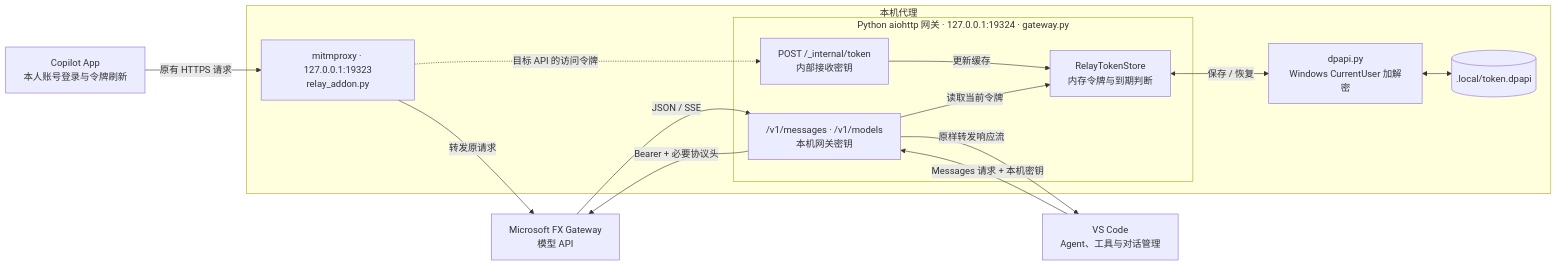
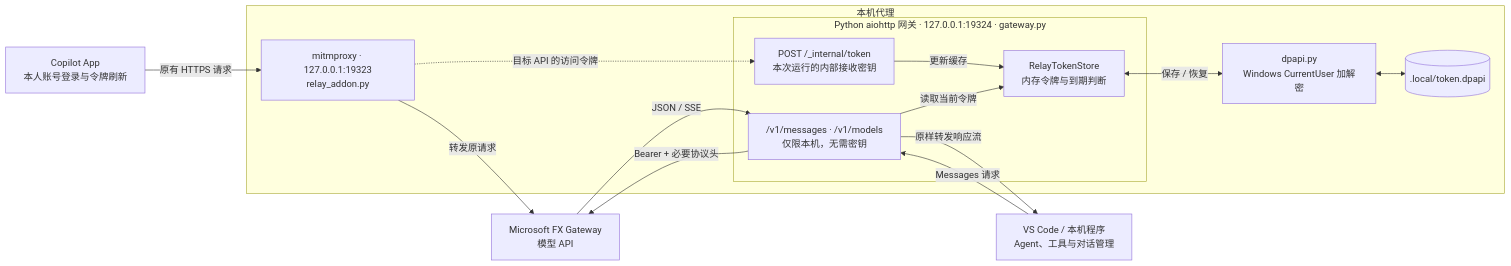
Before and after one commit to madderscientist/copilot-app-proxy: the diagram in README.md, drawn with Mermaid. The commit also changed other lines of this file and 29 other files, not shown here.

````diff
--- a/README.md
+++ b/README.md
@@ -232,29 +221,29 @@
 ```mermaid
 flowchart LR
   App["Copilot App<br/>本人账号登录与令牌刷新"]
-  VSCode["VS Code<br/>Agent、工具与对话管理"]
+  VSCode["VS Code / 本机程序<br/>Agent、工具与对话管理"]
   Upstream["Microsoft FX Gateway<br/>模型 API"]
 
   subgraph Local["本机代理"]
     Relay["mitmproxy · 127.0.0.1:19323<br/>relay_addon.py"]
     subgraph Gateway["Python aiohttp 网关 · 127.0.0.1:19324 · gateway.py"]
-      Ingest["POST /_internal/token<br/>内部接收密钥"]
-      API["/v1/messages · /v1/models<br/>本机网关密钥"]
+      Ingest["POST /_internal/token<br/>本次运行的内部接收密钥"]
+      API["/v1/messages · /v1/models<br/>仅限本机，无需密钥"]
       Store["RelayTokenStore<br/>内存令牌与到期判断"]
     end
     DPAPI["dpapi.py<br/>Windows CurrentUser 加解密"]
     Cache[(".local/token.dpapi")]
   end
 
   App -->|"原有 HTTPS 请求"| Relay
   Relay -->|"转发原请求"| Upstream
   Relay -.->|"目标 API 的访问令牌"| Ingest
   Ingest -->|"更新缓存"| Store
   Store <-->|"保存 / 恢复"| DPAPI
   DPAPI <--> Cache
-  VSCode -->|"Messages 请求 + 本机密钥"| API
+  VSCode -->|"Messages 请求"| API
   API -->|"读取当前令牌"| Store
   API -->|"Bearer + 必要协议头"| Upstream
   Upstream -->|"JSON / SSE"| API
   API -->|"原样转发响应流"| VSCode
 ```
````
